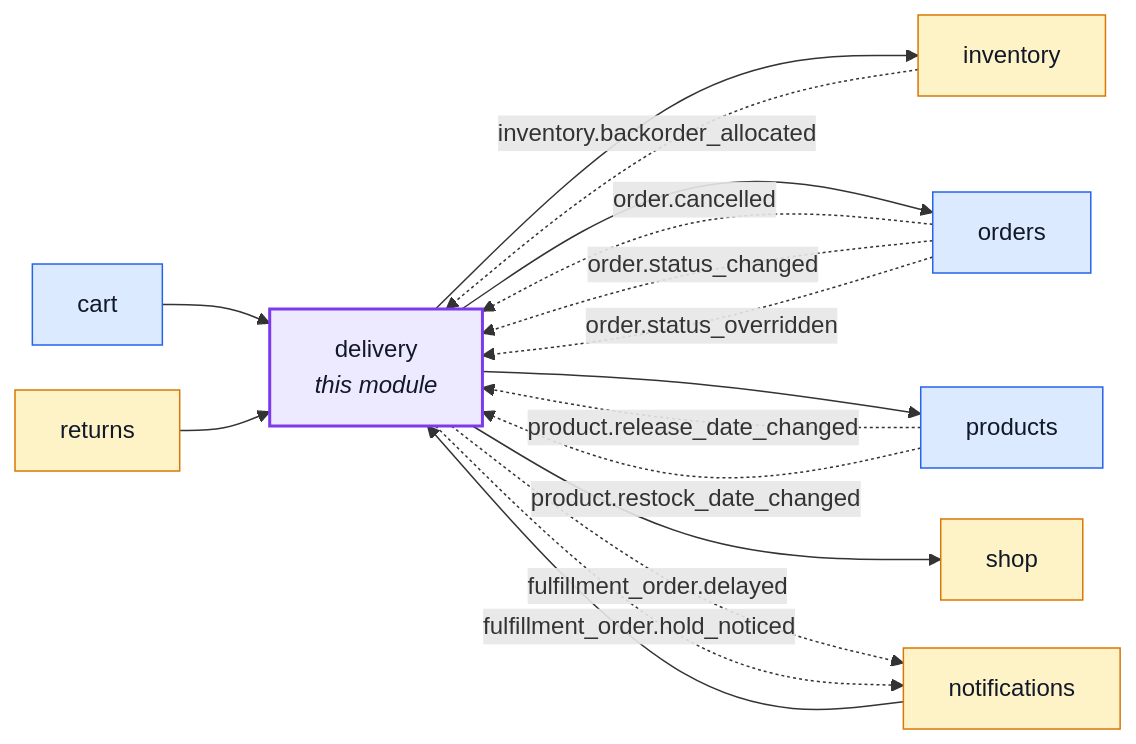
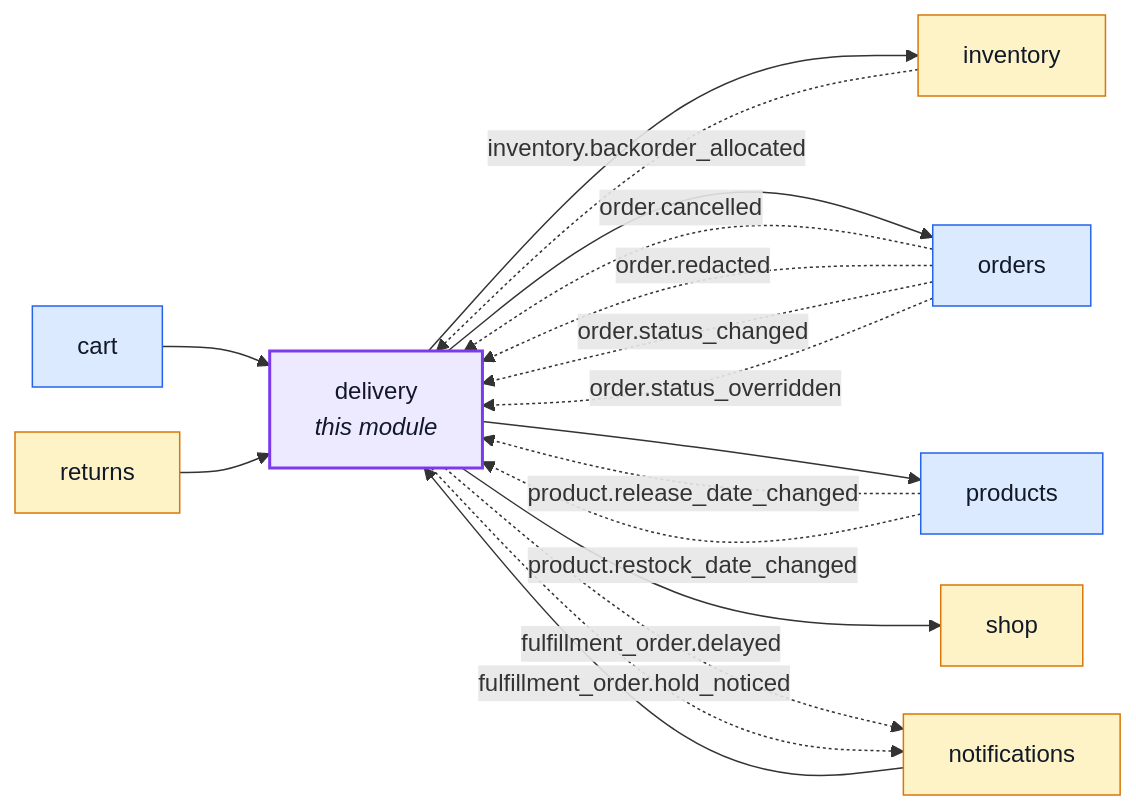
Before and after one commit to Guebbit/boilerplate-node-backend: the first of 7 diagrams in docs/modules/delivery.md, drawn with Mermaid. The commit also changed other lines of this file and 56 other files, not shown here.

````diff
--- a/docs/modules/delivery.md
+++ b/docs/modules/delivery.md
@@ -16,36 +16,37 @@
 ```mermaid
 %%{init: {'flowchart': {'nodeSpacing': 30, 'rankSpacing': 60}}}%%
 flowchart LR
     delivery["delivery<br/><i>this module</i>"]
     cart["cart"]
     inventory["inventory"]
     notifications["notifications"]
     orders["orders"]
     products["products"]
     returns["returns"]
     shop["shop"]
 
     cart --> delivery
     notifications --> delivery
     returns --> delivery
     delivery --> inventory
     delivery --> orders
     delivery --> products
     delivery --> shop
     inventory -. "inventory.backorder_allocated" .-> delivery
     orders -. "order.cancelled" .-> delivery
+    orders -. "order.redacted" .-> delivery
     orders -. "order.status_changed" .-> delivery
     orders -. "order.status_overridden" .-> delivery
     products -. "product.release_date_changed" .-> delivery
     products -. "product.restock_date_changed" .-> delivery
     delivery -. "fulfillment_order.delayed" .-> notifications
     delivery -. "fulfillment_order.hold_noticed" .-> notifications
 
     classDef core fill:#dbeafe,stroke:#2563eb,color:#111827;
     classDef supporting fill:#fef3c7,stroke:#d97706,color:#111827;
     classDef generic fill:#dcfce7,stroke:#16a34a,color:#111827;
     classDef centre fill:#ede9fe,stroke:#7c3aed,stroke-width:2px,color:#111827;
     class cart,orders,products core;
     class inventory,notifications,returns,shop supporting;
     class delivery centre;
 ```
````
